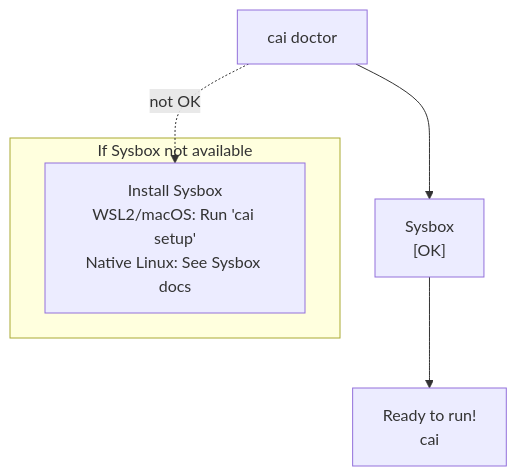
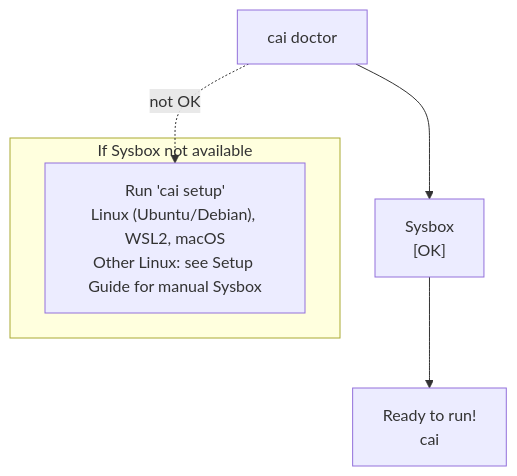
Before and after one commit to novotnyllc/ContainAI: the first of 2 diagrams in docs/quickstart.md, drawn with Mermaid. The commit also changed other lines of this file and 8 other files, not shown here.

Commit message:
Update installation/setup docs and contributor guidance for native cai workflow

````diff
--- a/docs/quickstart.md
+++ b/docs/quickstart.md
@@ -80,12 +87,12 @@
 ```mermaid
 flowchart TD
     doctor["cai doctor"]
     doctor --> sysbox["Sysbox<br/>[OK]"]
     sysbox --> ready["Ready to run!<br/>cai"]
 
     doctor -.->|not OK| install
 
     subgraph fallback["If Sysbox not available"]
-        install["Install Sysbox<br/>WSL2/macOS: Run 'cai setup'<br/>Native Linux: See Sysbox docs"]
+        install["Run 'cai setup'<br/>Linux (Ubuntu/Debian), WSL2, macOS<br/>Other Linux: see Setup Guide for manual Sysbox"]
     end
 ```
````
